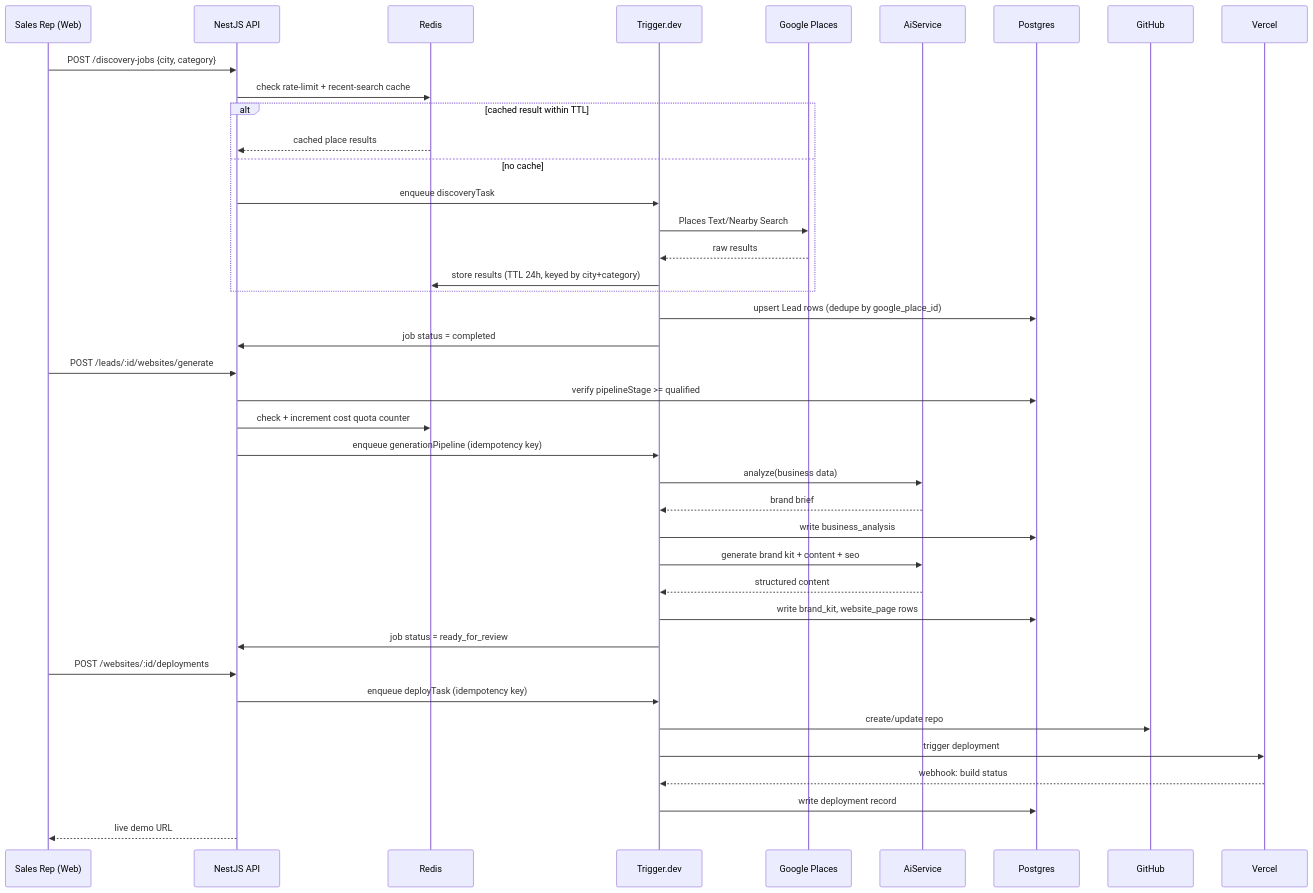
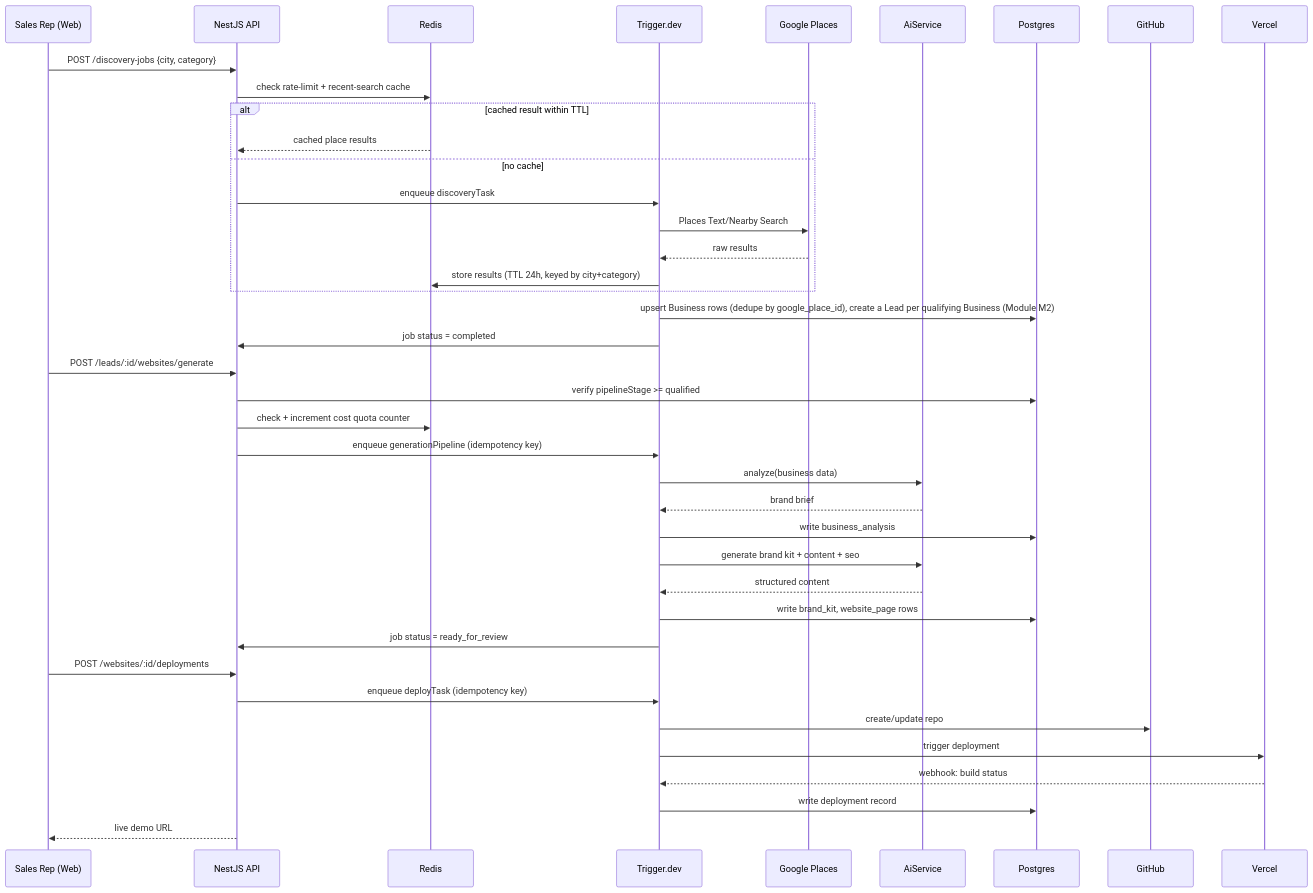
The second of 9 diagrams in docs/16-system-architecture.md (ShaiikhRafay/riznexia-platform), drawn with Mermaid before and after one commit. The commit also changed other lines of this file and 215 other files, not shown here.

````diff
--- a/docs/16-system-architecture.md
+++ b/docs/16-system-architecture.md
@@ -74,45 +76,45 @@
 ```mermaid
 sequenceDiagram
     participant U as Sales Rep (Web)
     participant API as NestJS API
     participant Cache as Redis
     participant Q as Trigger.dev
     participant PL as Google Places
     participant AI as AiService
     participant DB as Postgres
     participant GH as GitHub
     participant V as Vercel
 
     U->>API: POST /discovery-jobs {city, category}
     API->>Cache: check rate-limit + recent-search cache
     alt cached result within TTL
         Cache-->>API: cached place results
     else no cache
         API->>Q: enqueue discoveryTask
         Q->>PL: Places Text/Nearby Search
         PL-->>Q: raw results
         Q->>Cache: store results (TTL 24h, keyed by city+category)
     end
-    Q->>DB: upsert Lead rows (dedupe by google_place_id)
+    Q->>DB: upsert Business rows (dedupe by google_place_id), create a Lead per qualifying Business (Module M2)
     Q->>API: job status = completed
 
     U->>API: POST /leads/:id/websites/generate
     API->>DB: verify pipelineStage >= qualified
     API->>Cache: check + increment cost quota counter
     API->>Q: enqueue generationPipeline (idempotency key)
     Q->>AI: analyze(business data)
     AI-->>Q: brand brief
     Q->>DB: write business_analysis
     Q->>AI: generate brand kit + content + seo
     AI-->>Q: structured content
     Q->>DB: write brand_kit, website_page rows
     Q->>API: job status = ready_for_review
 
     U->>API: POST /websites/:id/deployments
     API->>Q: enqueue deployTask (idempotency key)
     Q->>GH: create/update repo
     Q->>V: trigger deployment
     V-->>Q: webhook: build status
     Q->>DB: write deployment record
     API-->>U: live demo URL
 ```
````
